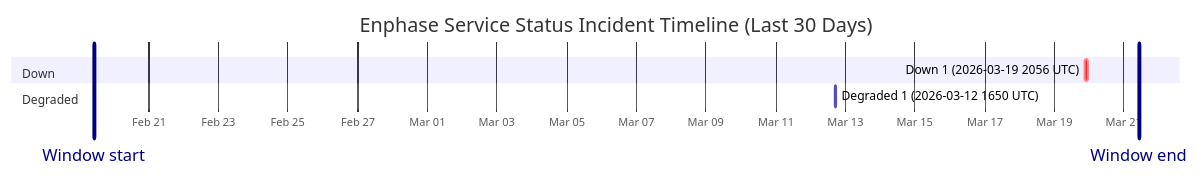
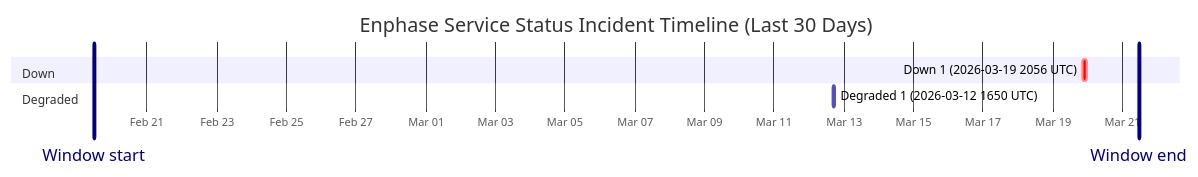
One commit to barneyonline/ha-enphase-ev-charger changed the diagram in wiki/Service-Status-History.md. Above: the diagram before and after it, drawn with Mermaid. The commit also changed other lines of this file and 3 other files, not shown here.

````diff
--- a/wiki/Service-Status-History.md
+++ b/wiki/Service-Status-History.md
@@ -14,12 +14,12 @@
 ```mermaid
 gantt
     title Enphase Service Status Incident Timeline (Last 30 Days)
     dateFormat  YYYY-MM-DDTHH:mm:ss
     axisFormat  %b %d
-    Window start :vert, window-start, 2026-02-19T10:17:34, 0ms
-    Window end :vert, window-end, 2026-03-21T10:17:34, 0ms
+    Window start :vert, window-start, 2026-02-19T11:15:44, 0ms
+    Window end :vert, window-end, 2026-03-21T11:15:44, 0ms
     section Down
     Down 1 (2026-03-19 2056 UTC) :crit, down-1, 2026-03-19T20:56:20, 145m
     section Degraded
     Degraded 1 (2026-03-12 1650 UTC) :active, degraded-1, 2026-03-12T16:50:43, 60m
 ```
````
